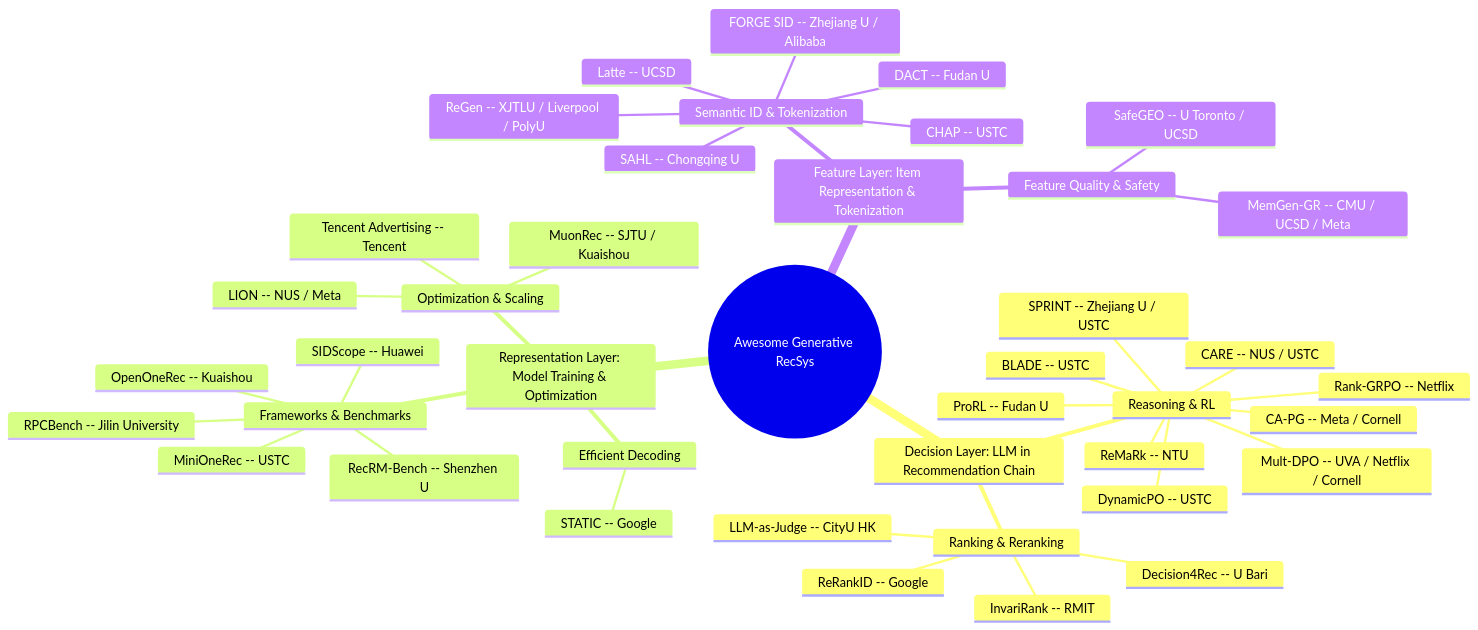
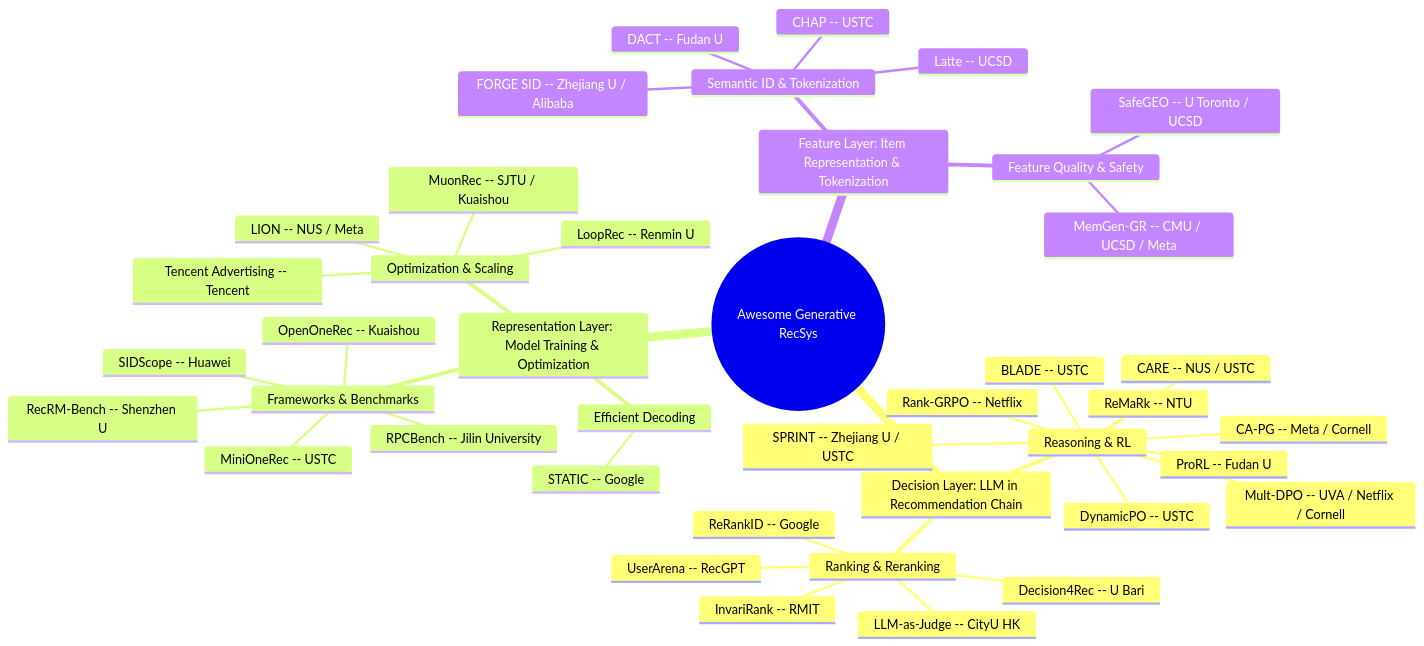
Before and after one commit to HaFred/awesome-generative-recsys: the diagram in README.md, drawn with Mermaid. The commit also changed other lines of this file and 3 other files, not shown here.

Commit message:
feat: Oct 23 genrec hunt — OneLatent, UserArena, BGAFlow, LoopRec, SafeSets (UserArena & LoopRec open-source); archive Oct 12

````diff
--- a/README.md
+++ b/README.md
@@ -30,44 +30,44 @@
 ```mermaid
 mindmap
   root((Awesome Generative RecSys))
     Decision Layer: LLM in Recommendation Chain
       Reasoning & RL
         Rank-GRPO -- Netflix
         DynamicPO -- USTC
         BLADE -- USTC
         SPRINT -- Zhejiang U / USTC
         CARE -- NUS / USTC
         Mult-DPO -- UVA / Netflix / Cornell
         CA-PG -- Meta / Cornell
         ProRL -- Fudan U
         ReMaRk -- NTU
       Ranking & Reranking
         InvariRank -- RMIT
         LLM-as-Judge -- CityU HK
         ReRankID -- Google
         Decision4Rec -- U Bari
+        UserArena -- RecGPT
     Representation Layer: Model Training & Optimization
       Frameworks & Benchmarks
         MiniOneRec -- USTC
         OpenOneRec -- Kuaishou
         RecRM-Bench -- Shenzhen U
         SIDScope -- Huawei
         RPCBench -- Jilin University
       Efficient Decoding
         STATIC -- Google
       Optimization & Scaling
         MuonRec -- SJTU / Kuaishou
         Tencent Advertising -- Tencent
         LION -- NUS / Meta
+        LoopRec -- Renmin U
     Feature Layer: Item Representation & Tokenization
       Semantic ID & Tokenization
         Latte -- UCSD
         FORGE SID -- Zhejiang U / Alibaba
         DACT -- Fudan U
         CHAP -- USTC
-        SAHL -- Chongqing U
-        ReGen -- XJTLU / Liverpool / PolyU
       Feature Quality & Safety
         SafeGEO -- U Toronto / UCSD
         MemGen-GR -- CMU / UCSD / Meta
 ```
````
